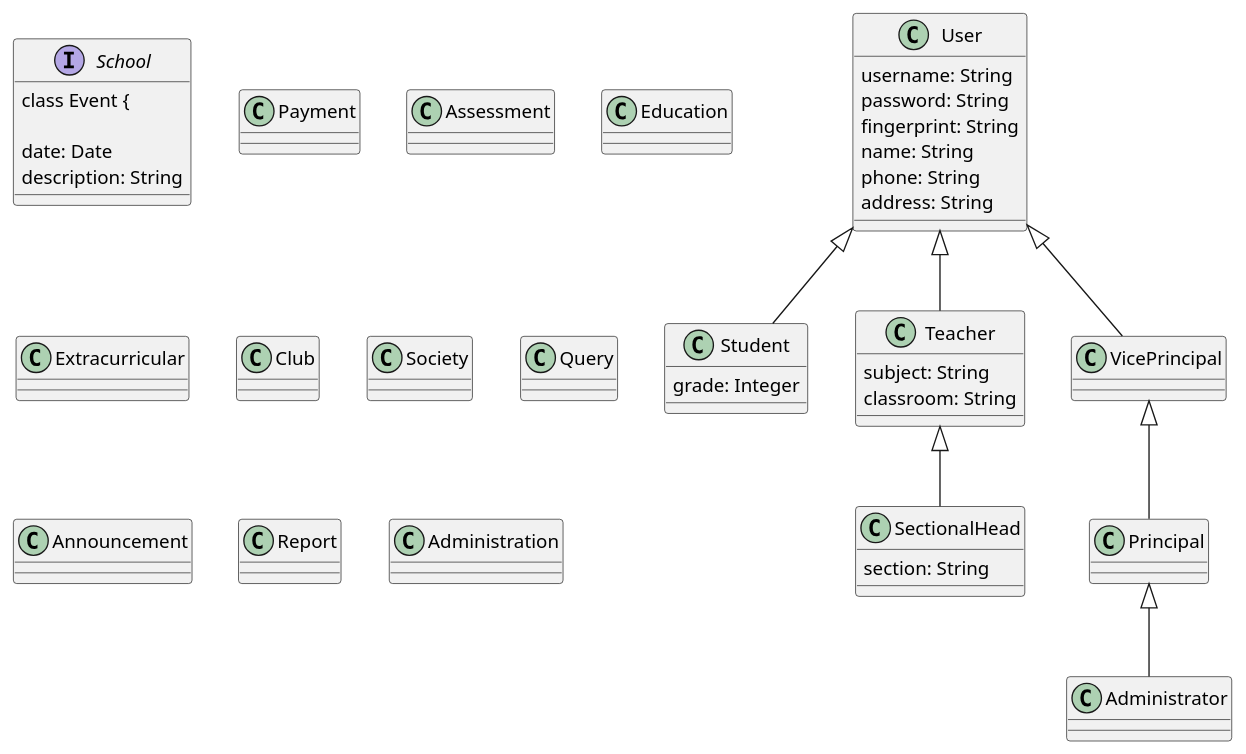
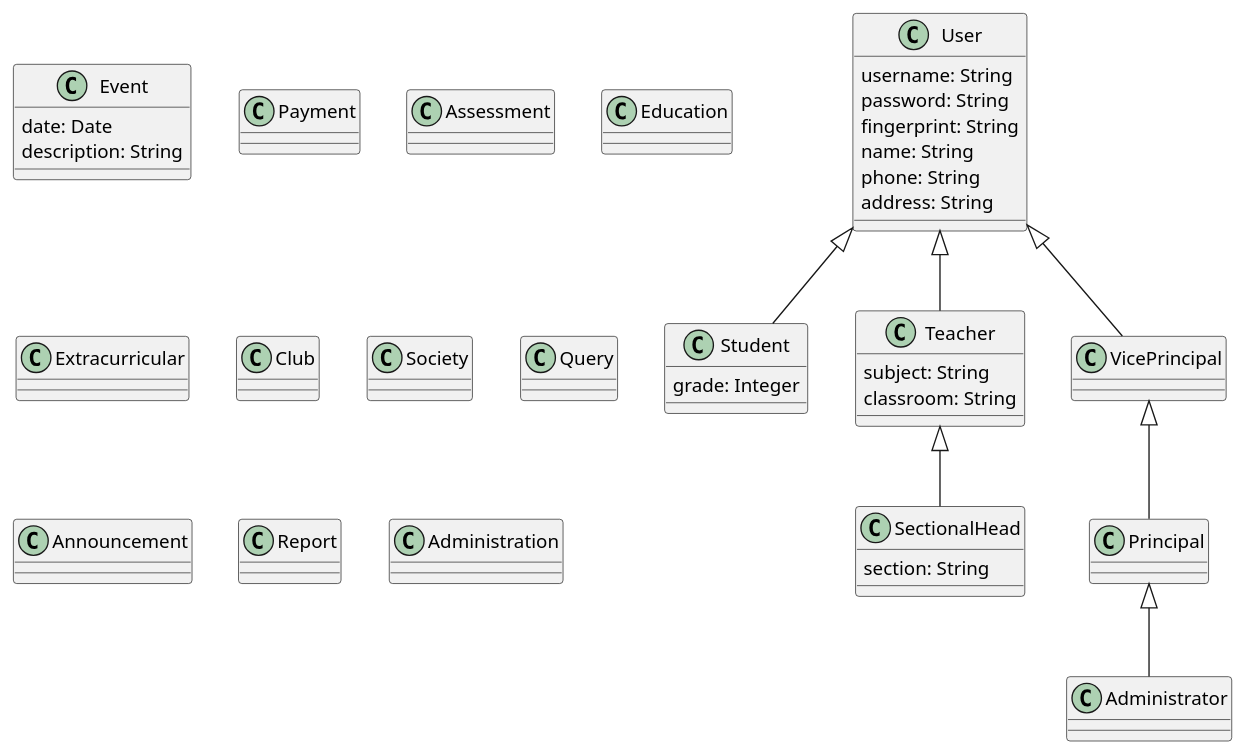
Before and after one commit to AdithyaSean/School-Management-System: the diagram in School Management System Class Diagram.puml, drawn with PlantUML.

```diff
--- a/School Management System Class Diagram.puml
+++ b/School Management System Class Diagram.puml
@@ -1,84 +1,80 @@
 @startuml School Management System
 
 User <|-- Student
 User <|-- Teacher
 User <|-- VicePrincipal
 Teacher <|-- SectionalHead
 VicePrincipal <|-- Principal
 Principal <|-- Administrator
 
 class User {
 
   username: String
   password: String
   fingerprint: String
   name: String
   phone: String
   address: String
 }
 
 class Student {
 
   grade: Integer
 }
 
 class Teacher {
 
   subject: String
   classroom: String
 }
 
 class SectionalHead {
   section: String
 }
 
 class VicePrincipal {
 }
 
 class Principal {
 }
 
 class Administrator {
 }
 
+class Event {
 
+  date: Date
+  description: String
+}
 
-interface School {
-  class Event {
+class Payment {
+}
 
-    date: Date
-    description: String
-  }
+class Assessment {
+}
 
-  class Payment {
-  }
+class Education {
+}
 
-  class Assessment {
-  }
+class Extracurricular {
+}
 
-  class Education {
-  }
+class Club {
+}
 
-  class Extracurricular {
-  }
+class Society {
+}
 
-  class Club {
-  }
+class Query {
+}
 
-  class Society {
-  }
+class Announcement {
+}
 
-  class Query {
-  }
+class Report {
+}
 
-  class Announcement {
-  }
-
-  class Report {
-  }
-
-  class Administration {
-  }
+class Administration {
 }
 
 @enduml
```
